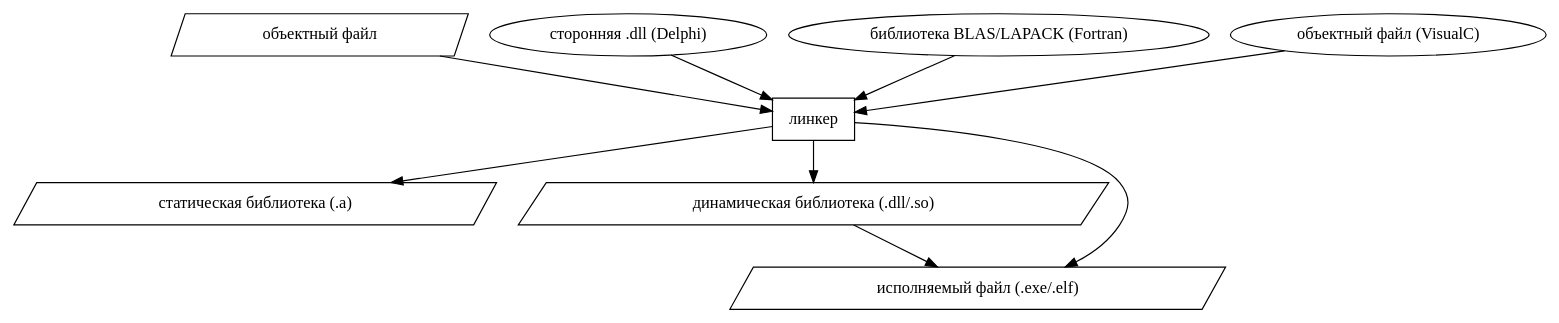
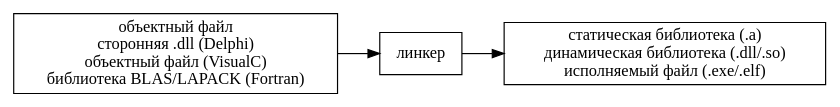
One commit to ponyatov/lexman changed the diagram in fig/compiler2.dot. Above: the diagram before and after it, drawn with Graphviz. The commit also changed 2 other files, not shown here.

```diff
--- a/fig/compiler2.dot
+++ b/fig/compiler2.dot
@@ -1,18 +1,11 @@
 digraph Linker {
 
-"объектный файл" [shape=polygon,sides=4,skew=.1];
-"статическая библиотека (.a)" [shape=polygon,sides=4,skew=.1];
-"динамическая библиотека (.dll/.so)" [shape=polygon,sides=4,skew=.1];
-"исполняемый файл (.exe/.elf)" [shape=polygon,sides=4,skew=.1];
-"линкер" [shape=box];
+rankdir = LR;
 
- "объектный файл" -> "линкер";
- "сторонняя .dll (Delphi)" -> "линкер";
- "библиотека BLAS/LAPACK (Fortran)" -> "линкер"; 
- "объектный файл (VisualC)" -> "линкер";
- "линкер" -> "статическая библиотека (.a)";
- "линкер" -> "динамическая библиотека (.dll/.so)";
- "линкер" -> "исполняемый файл (.exe/.elf)";
- "динамическая библиотека (.dll/.so)" -> "исполняемый файл (.exe/.elf)" ;
+node [shape=box];
+
+"объектный файл\nсторонняя .dll (Delphi)\nобъектный файл (VisualC)\nбиблиотека BLAS/LAPACK (Fortran)" -> "линкер"; 
+
+"линкер" -> "статическая библиотека (.a)\nдинамическая библиотека (.dll/.so)\nисполняемый файл (.exe/.elf)" ;
 
 }
```
